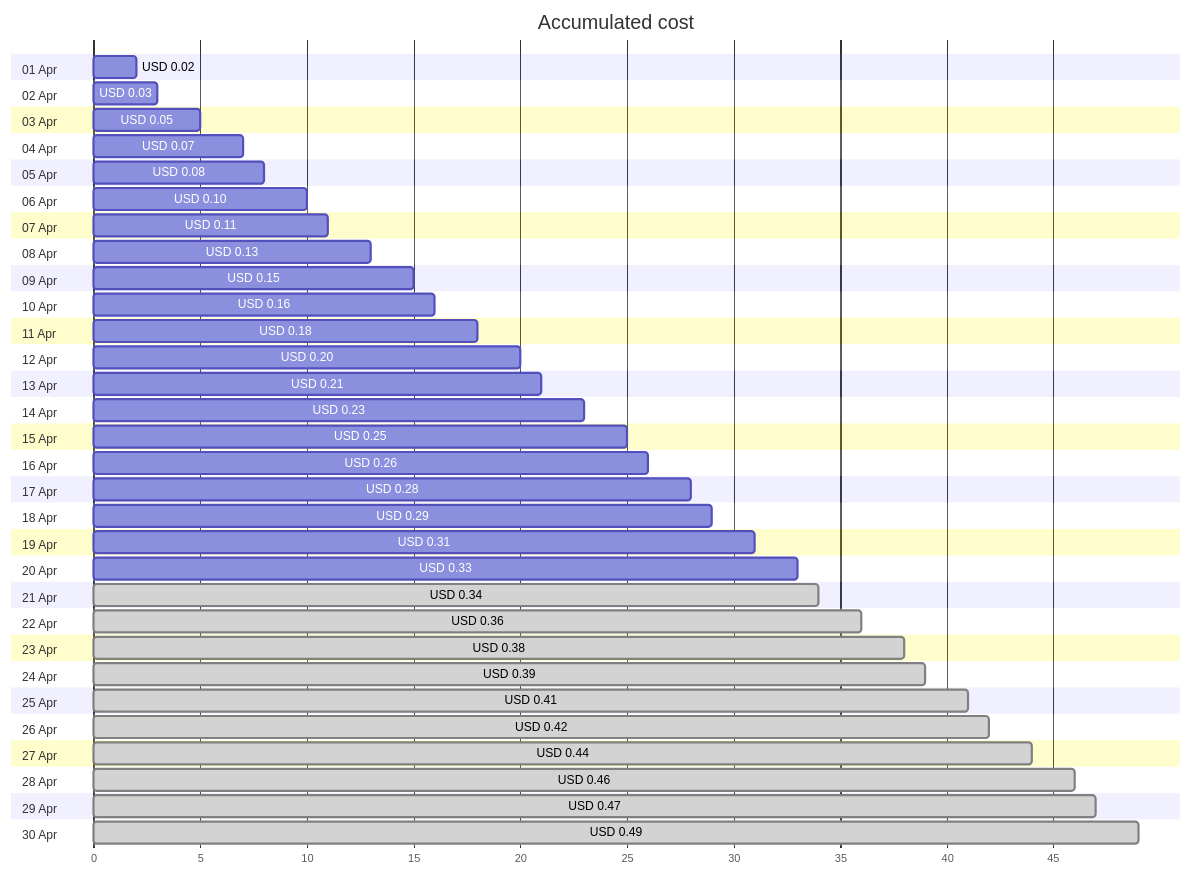
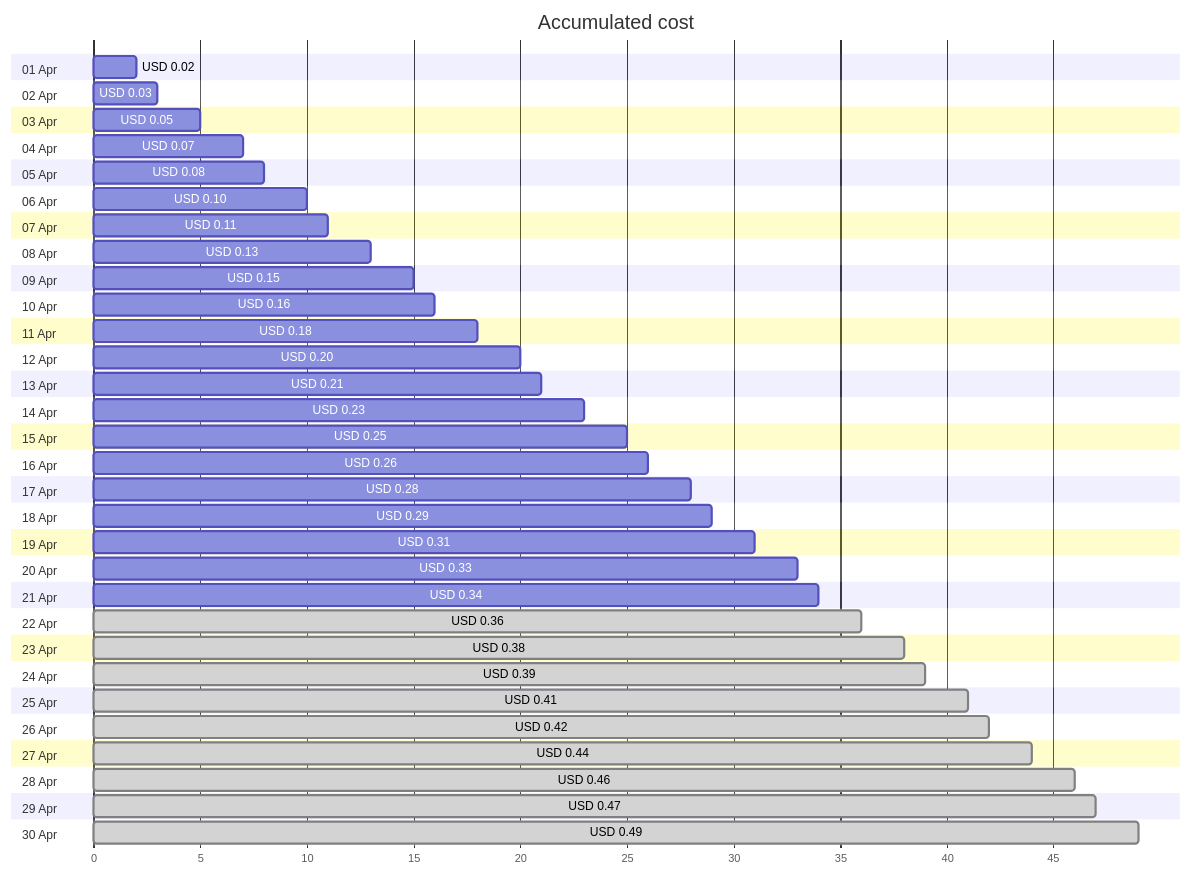
Before and after one commit to jpfulton/azure-personal-reports: the first of 4 diagrams in cost-reports/personal-dns/jpatrickfulton.com.md, drawn with Mermaid. The commit also changed other lines of this file and 2 other files, not shown here.

````diff
--- a/cost-reports/personal-dns/jpatrickfulton.com.md
+++ b/cost-reports/personal-dns/jpatrickfulton.com.md
@@ -20,66 +20,66 @@
 ```mermaid
 gantt
    title Accumulated cost
    dateFormat  X
    axisFormat %s
    section 01 Apr
    USD 0.02 :0, 2
    section 02 Apr
    USD 0.03 :0, 3
    section 03 Apr
    USD 0.05 :0, 5
    section 04 Apr
    USD 0.07 :0, 7
    section 05 Apr
    USD 0.08 :0, 8
    section 06 Apr
    USD 0.10 :0, 10
    section 07 Apr
    USD 0.11 :0, 11
    section 08 Apr
    USD 0.13 :0, 13
    section 09 Apr
    USD 0.15 :0, 15
    section 10 Apr
    USD 0.16 :0, 16
    section 11 Apr
    USD 0.18 :0, 18
    section 12 Apr
    USD 0.20 :0, 20
    section 13 Apr
    USD 0.21 :0, 21
    section 14 Apr
    USD 0.23 :0, 23
    section 15 Apr
    USD 0.25 :0, 25
    section 16 Apr
    USD 0.26 :0, 26
    section 17 Apr
    USD 0.28 :0, 28
    section 18 Apr
    USD 0.29 :0, 29
    section 19 Apr
    USD 0.31 :0, 31
    section 20 Apr
    USD 0.33 :0, 33
    section 21 Apr
-   USD 0.34 : done, 0, 34
+   USD 0.34 :0, 34
    section 22 Apr
    USD 0.36 : done, 0, 36
    section 23 Apr
    USD 0.38 : done, 0, 38
    section 24 Apr
    USD 0.39 : done, 0, 39
    section 25 Apr
    USD 0.41 : done, 0, 41
    section 26 Apr
    USD 0.42 : done, 0, 42
    section 27 Apr
    USD 0.44 : done, 0, 44
    section 28 Apr
    USD 0.46 : done, 0, 46
    section 29 Apr
    USD 0.47 : done, 0, 47
    section 30 Apr
    USD 0.49 : done, 0, 49
 ```
````
